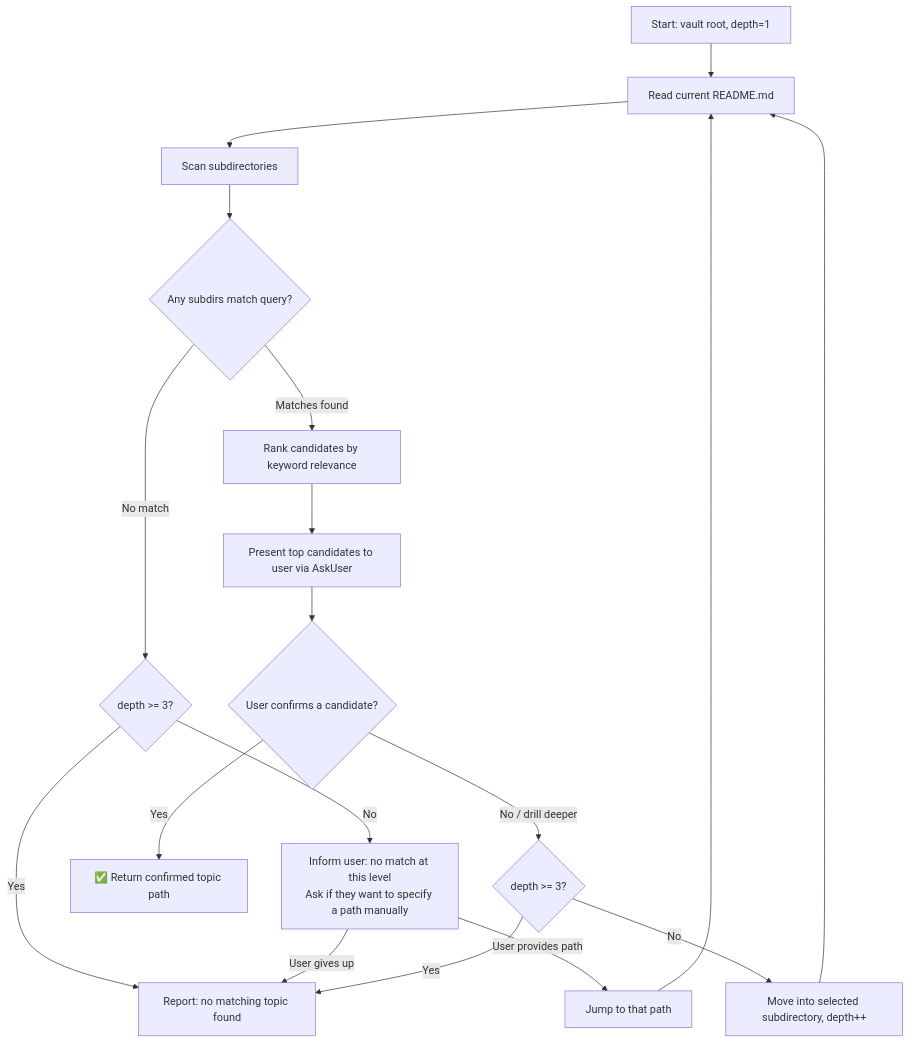
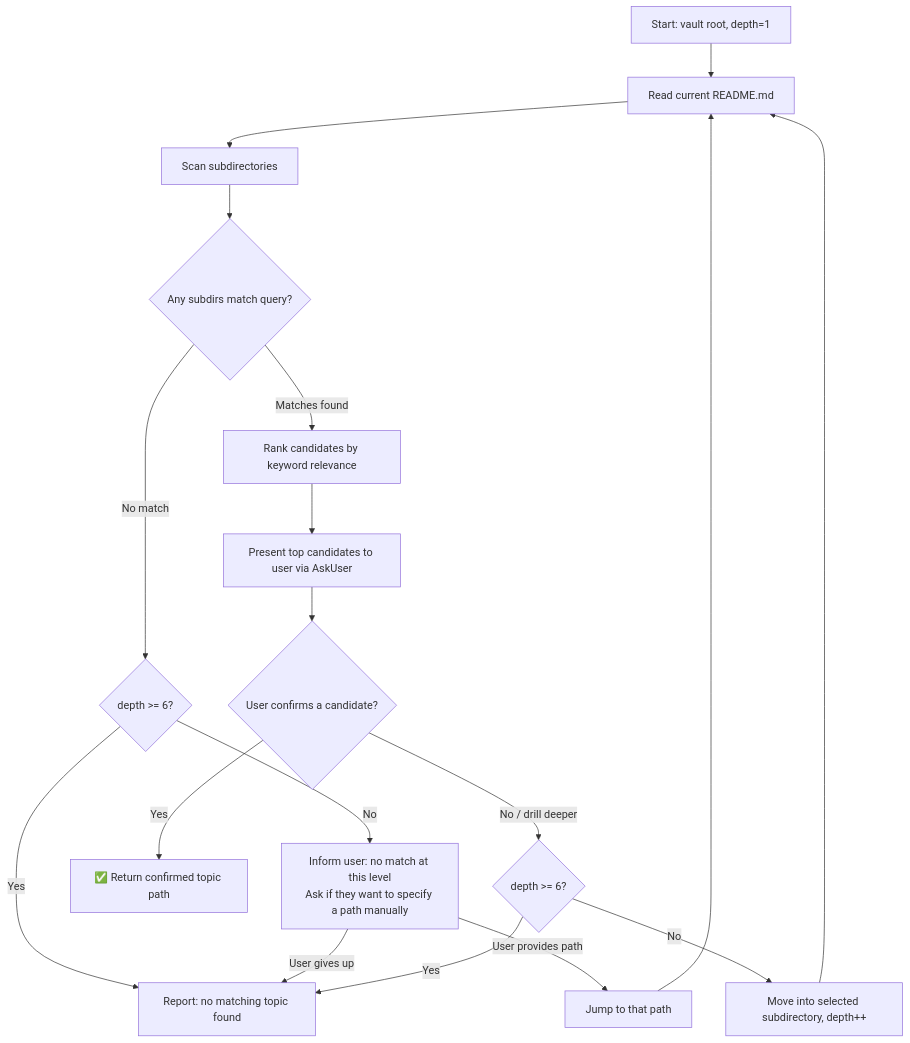
The diagram in packages/thinking-framework-skills/references/retrieval-topic-skill.md (edisonLzy/ai-codemons), drawn with Mermaid before and after one commit. The commit also changed other lines of this file and 4 other files, not shown here.

````diff
--- a/packages/thinking-framework-skills/references/retrieval-topic-skill.md
+++ b/packages/thinking-framework-skills/references/retrieval-topic-skill.md
@@ -22,20 +29,20 @@
 ```mermaid
 flowchart TD
     A[Start: vault root, depth=1] --> B[Read current README.md]
     B --> C[Scan subdirectories]
     C --> D{Any subdirs match query?}
-    D -->|No match| E{depth >= 3?}
+    D -->|No match| E{depth >= 6?}
     E -->|Yes| F[Report: no matching topic found]
     E -->|No| G[Inform user: no match at this level\nAsk if they want to specify a path manually]
     G -->|User provides path| H[Jump to that path]
     G -->|User gives up| F
     H --> B
     D -->|Matches found| I[Rank candidates by keyword relevance]
     I --> J[Present top candidates to user via AskUser]
     J --> K{User confirms a candidate?}
     K -->|Yes| L[✅ Return confirmed topic path]
-    K -->|No / drill deeper| M{depth >= 3?}
+    K -->|No / drill deeper| M{depth >= 6?}
     M -->|Yes| F
     M -->|No| N[Move into selected subdirectory, depth++]
     N --> B
 ```
````
